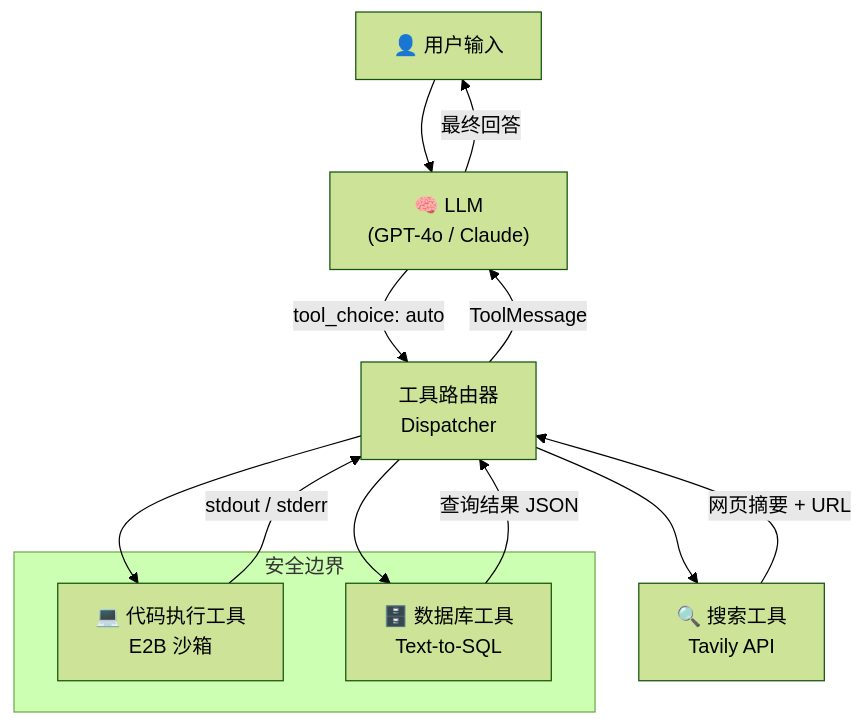
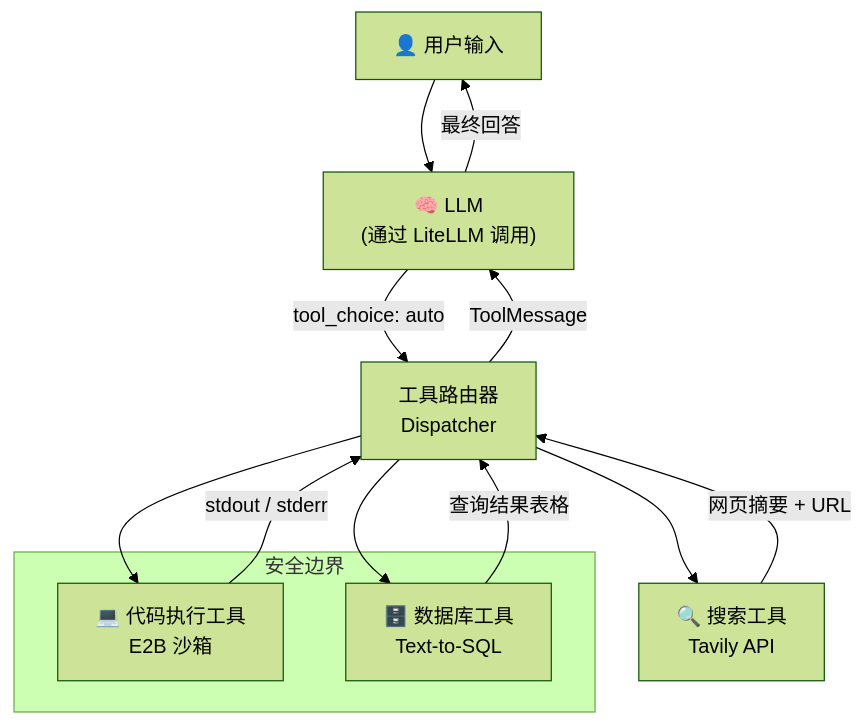
Before and after one commit to swf2020/AI-Agent-in-Practice: the diagram in docs/AI Agent 与大模型应用开发实战手册/第三章 Function Calling MCP 与工具使用/3.3 【动手】给 LLM 接入搜索 - 计算器 - 数据库工具.md, drawn with Mermaid (forest theme). The commit also changed other lines of this file and 40 other files, not shown here.

````diff
--- a/docs/AI Agent 与大模型应用开发实战手册/第三章 Function Calling MCP 与工具使用/3.3 【动手】给 LLM 接入搜索 - 计算器 - 数据库工具.md
+++ b/docs/AI Agent 与大模型应用开发实战手册/第三章 Function Calling MCP 与工具使用/3.3 【动手】给 LLM 接入搜索 - 计算器 - 数据库工具.md
@@ -16,21 +16,21 @@
 ```mermaid
 graph TD
-    User["👤 用户输入"] --> LLM["🧠 LLM\n(GPT-4o / Claude)"]
+    User["👤 用户输入"] --> LLM["🧠 LLM\n(通过 LiteLLM 调用)"]
     LLM -->|"tool_choice: auto"| Router["工具路由器\nDispatcher"]
 
     Router --> Search["🔍 搜索工具\nTavily API"]
     Router --> Code["💻 代码执行工具\nE2B 沙箱"]
     Router --> DB["🗄️ 数据库工具\nText-to-SQL"]
 
     Search -->|"网页摘要 + URL"| Router
     Code -->|"stdout / stderr"| Router
-    DB -->|"查询结果 JSON"| Router
+    DB -->|"查询结果表格"| Router
 
     Router -->|"ToolMessage"| LLM
     LLM -->|"最终回答"| User
 
     subgraph 安全边界
         Code
         DB
     end
 ```
````
